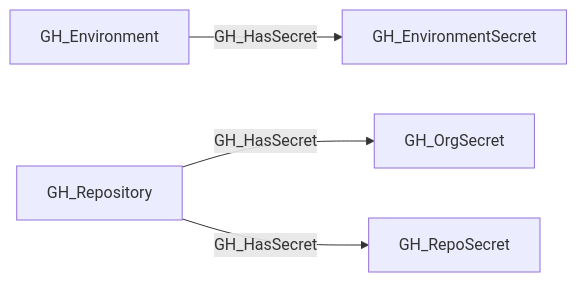
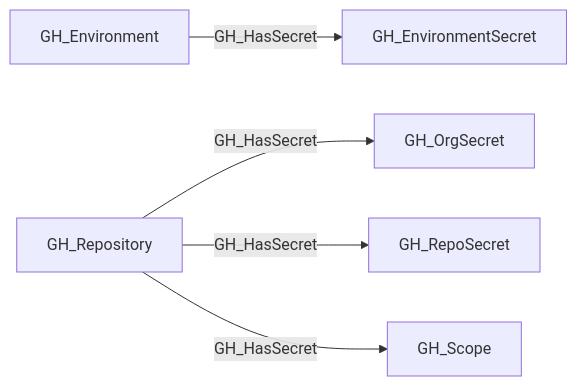
One commit to SpecterOps/bloodhound-docs changed the first of 2 diagrams in docs/opengraph/extensions/github/edges/gh_hassecret.mdx. Above: the diagram before and after it, drawn with Mermaid. The commit also changed other lines of this file and 30 other files, not shown here.

Commit message:
chore: update openhound github reference for schema v1.4.0

````diff
--- a/docs/opengraph/extensions/github/edges/gh_hassecret.mdx
+++ b/docs/opengraph/extensions/github/edges/gh_hassecret.mdx
@@ -18,11 +19,13 @@
 ```mermaid
 flowchart LR
     GH_Environment["GH_Environment"]
     GH_EnvironmentSecret["GH_EnvironmentSecret"]
     GH_OrgSecret["GH_OrgSecret"]
     GH_RepoSecret["GH_RepoSecret"]
     GH_Repository["GH_Repository"]
+    GH_Scope["GH_Scope"]
     GH_Environment -- GH_HasSecret --> GH_EnvironmentSecret
     GH_Repository -- GH_HasSecret --> GH_OrgSecret
     GH_Repository -- GH_HasSecret --> GH_RepoSecret
+    GH_Repository -- GH_HasSecret --> GH_Scope
 ```
````
